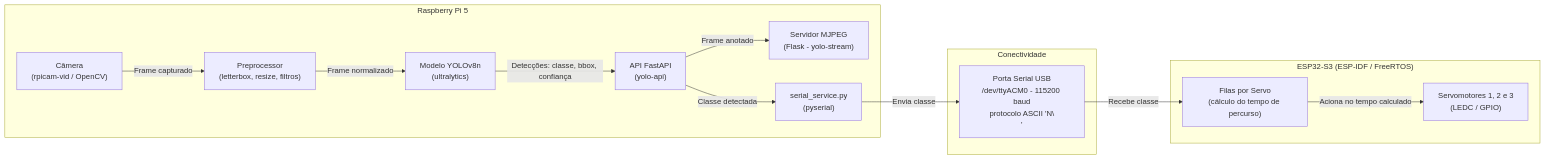
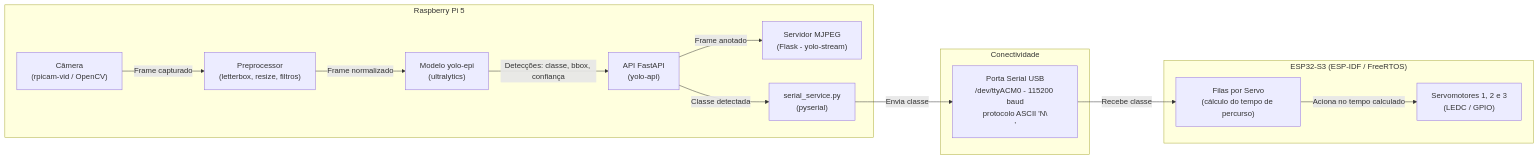
Before and after one commit to RaphaelRates/Projeto-Beirada: the diagram in README.md, drawn with Mermaid. The commit also changed other lines of this file and 18 other files, not shown here.

````diff
--- a/README.md
+++ b/README.md
@@ -35,29 +35,29 @@
 ```mermaid
 flowchart LR
     subgraph RPI["Raspberry Pi 5"]
         CAM["Câmera<br>(rpicam-vid / OpenCV)"]
         PRE["Preprocessor<br>(letterbox, resize, filtros)"]
-        YOLO["Modelo YOLOv8n<br>(ultralytics)"]
+        YOLO["Modelo yolo-epi<br>(ultralytics)"]
         API["API FastAPI<br>(yolo-api)"]
         STREAM["Servidor MJPEG<br>(Flask - yolo-stream)"]
         SERIAL["serial_service.py<br>(pyserial)"]
     end
 
     subgraph CONECT["Conectividade"]
         USB["Porta Serial USB<br>/dev/ttyACM0 - 115200 baud<br>protocolo ASCII 'N\\n'"]
     end
 
     subgraph ESP["ESP32-S3 (ESP-IDF / FreeRTOS)"]
         FILAS["Filas por Servo<br>(cálculo do tempo de percurso)"]
         SERVOS["Servomotores 1, 2 e 3<br>(LEDC / GPIO)"]
     end
 
     CAM -->|Frame capturado| PRE
     PRE -->|Frame normalizado| YOLO
     YOLO -->|Detecções: classe, bbox, confiança| API
     API -->|Frame anotado| STREAM
     API -->|Classe detectada| SERIAL
     SERIAL -->|Envia classe| USB
     USB -->|Recebe classe| FILAS
     FILAS -->|Aciona no tempo calculado| SERVOS
 ```
````
